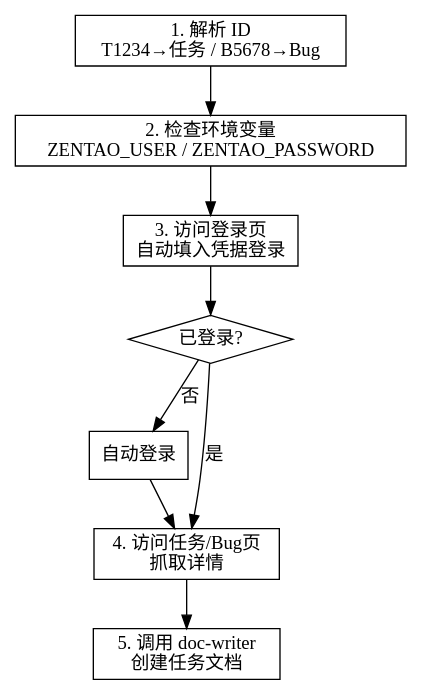
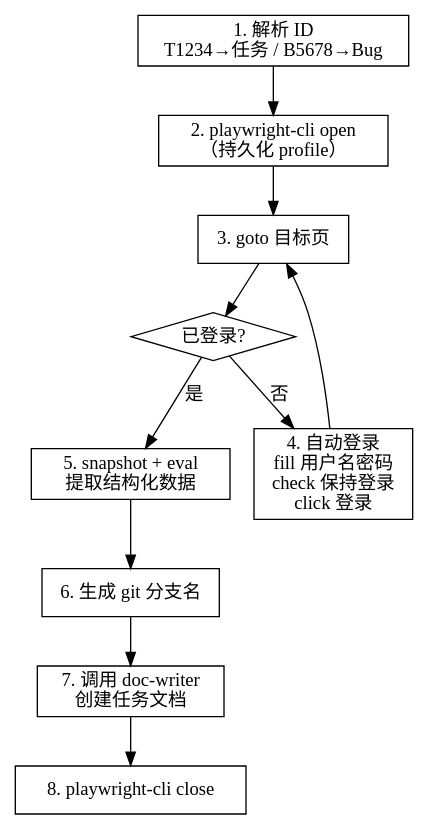
The diagram in skills/zentao-syncer/SKILL.md (benbergg/froggo-skills), drawn with Graphviz before and after one commit. The commit also changed other lines of this file, not shown here.

Commit message:
refactor: 重写 zentao-syncer SKILL.md 使用 playwright-cli 驱动方案 #0000

````diff
--- a/skills/zentao-syncer/SKILL.md
+++ b/skills/zentao-syncer/SKILL.md
@@ -33,22 +33,26 @@
 ```dot
 digraph flow {
     rankdir=TB;
     node [shape=box];
 
     parse [label="1. 解析 ID\nT1234→任务 / B5678→Bug"];
-    checkEnv [label="2. 检查环境变量\nZENTAO_USER / ZENTAO_PASSWORD"];
-    login [label="3. 访问登录页\n自动填入凭据登录"];
-    checkStatus [label="已登录?" shape=diamond];
-    autoLogin [label="自动登录"];
-    fetch [label="4. 访问任务/Bug页\n抓取详情"];
-    create [label="5. 调用 doc-writer\n创建任务文档"];
+    open [label="2. playwright-cli open\n（持久化 profile）"];
+    goto [label="3. goto 目标页"];
+    check [label="已登录?" shape=diamond];
+    login [label="4. 自动登录\nfill 用户名密码\ncheck 保持登录\nclick 登录"];
+    extract [label="5. snapshot + eval\n提取结构化数据"];
+    branch [label="6. 生成 git 分支名"];
+    create [label="7. 调用 doc-writer\n创建任务文档"];
+    close [label="8. playwright-cli close"];
 
-    parse -> checkEnv;
-    checkEnv -> login;
-    login -> checkStatus;
-    checkStatus -> fetch [label="是"];
-    checkStatus -> autoLogin [label="否"];
-    autoLogin -> fetch;
-    fetch -> create;
+    parse -> open;
+    open -> goto;
+    goto -> check;
+    check -> extract [label="是"];
+    check -> login [label="否"];
+    login -> goto;
+    extract -> branch;
+    branch -> create;
+    create -> close;
 }
 ```
````
